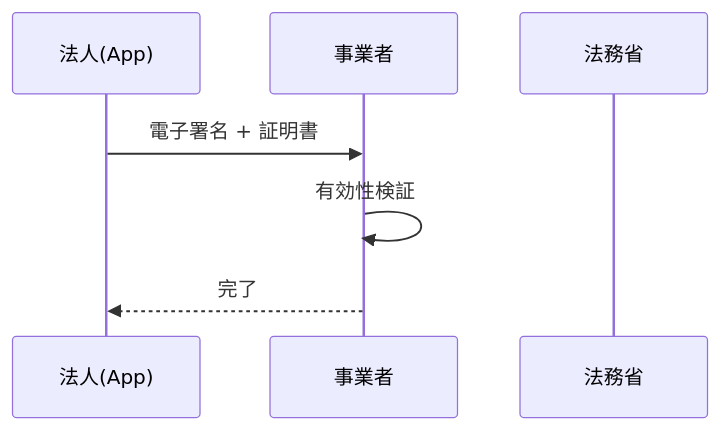
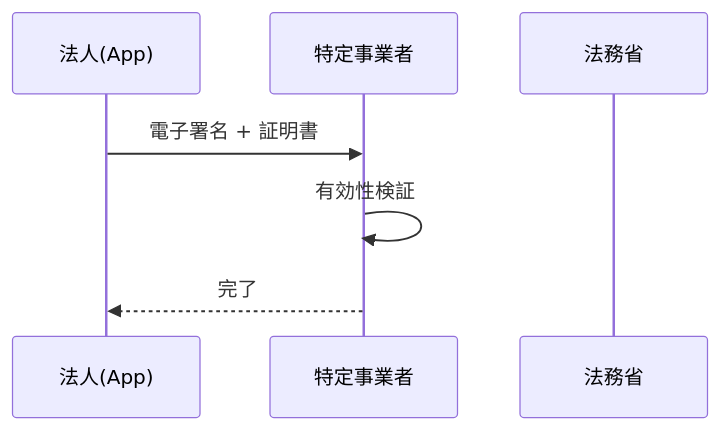
Diagram 17 of 20 in hanshuho.md (CiderH2CO3/study-hanshuho), drawn with Mermaid before and after one commit. The commit also changed other lines of this file, not shown here.

````diff
--- a/hanshuho.md
+++ b/hanshuho.md
@@ -649,9 +669,9 @@
 ```mermaid
 sequenceDiagram
     participant Corp as 法人(App)
-    participant Biz as 事業者
+    participant Biz as 特定事業者
     participant MOJ as 法務省
     Corp->>Biz: 電子署名 + 証明書
     Biz->>Biz: 有効性検証
     Biz-->>Corp: 完了
 ```
````
